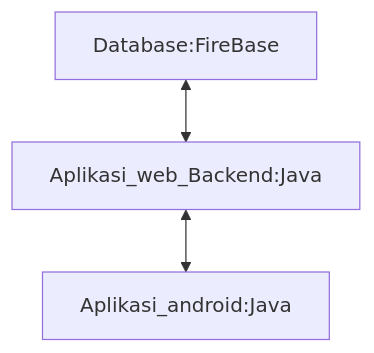
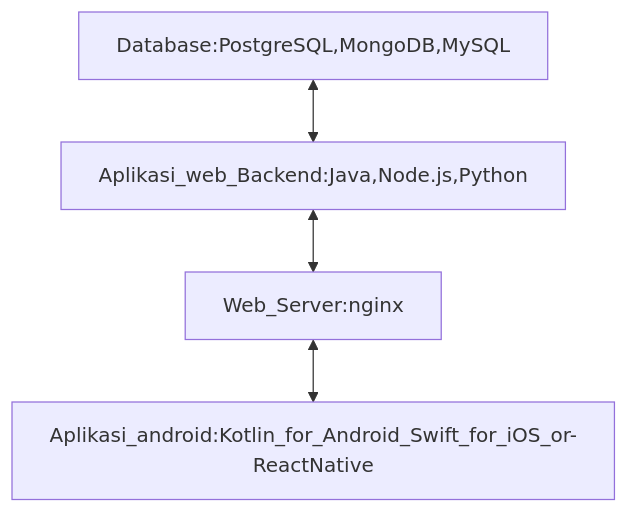
The second of 2 diagrams in UTS.md (Ridwanihsann/Pengenalan-Informatika), drawn with Mermaid before and after one commit.

````diff
--- a/UTS.md
+++ b/UTS.md
@@ -113,4 +113,4 @@
 ```mermaid
 graph TD;
-    Database:FireBase<-->Aplikasi_web_Backend:Java<-->Aplikasi_android:Java;
+    Database:PostgreSQL,MongoDB,MySQL<-->Aplikasi_web_Backend:Java,Node.js,Python<-->Web_Server:nginx<-->Aplikasi_android:Kotlin_for_Android_Swift_for_iOS_or-ReactNative
 ```
````
